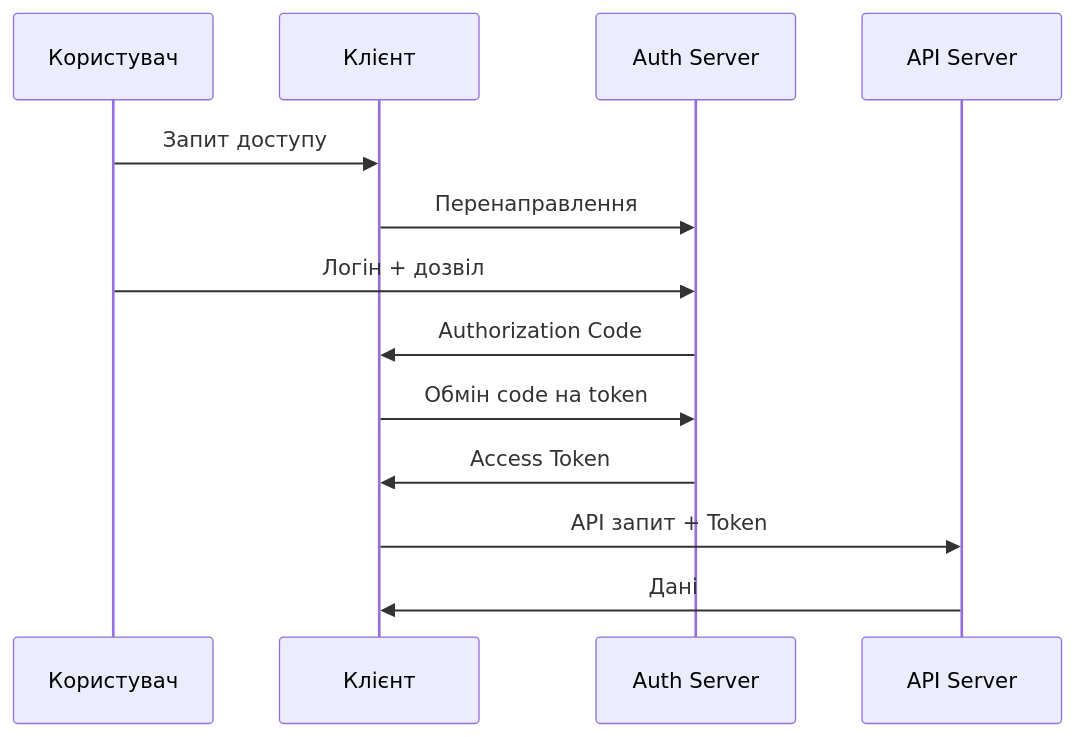
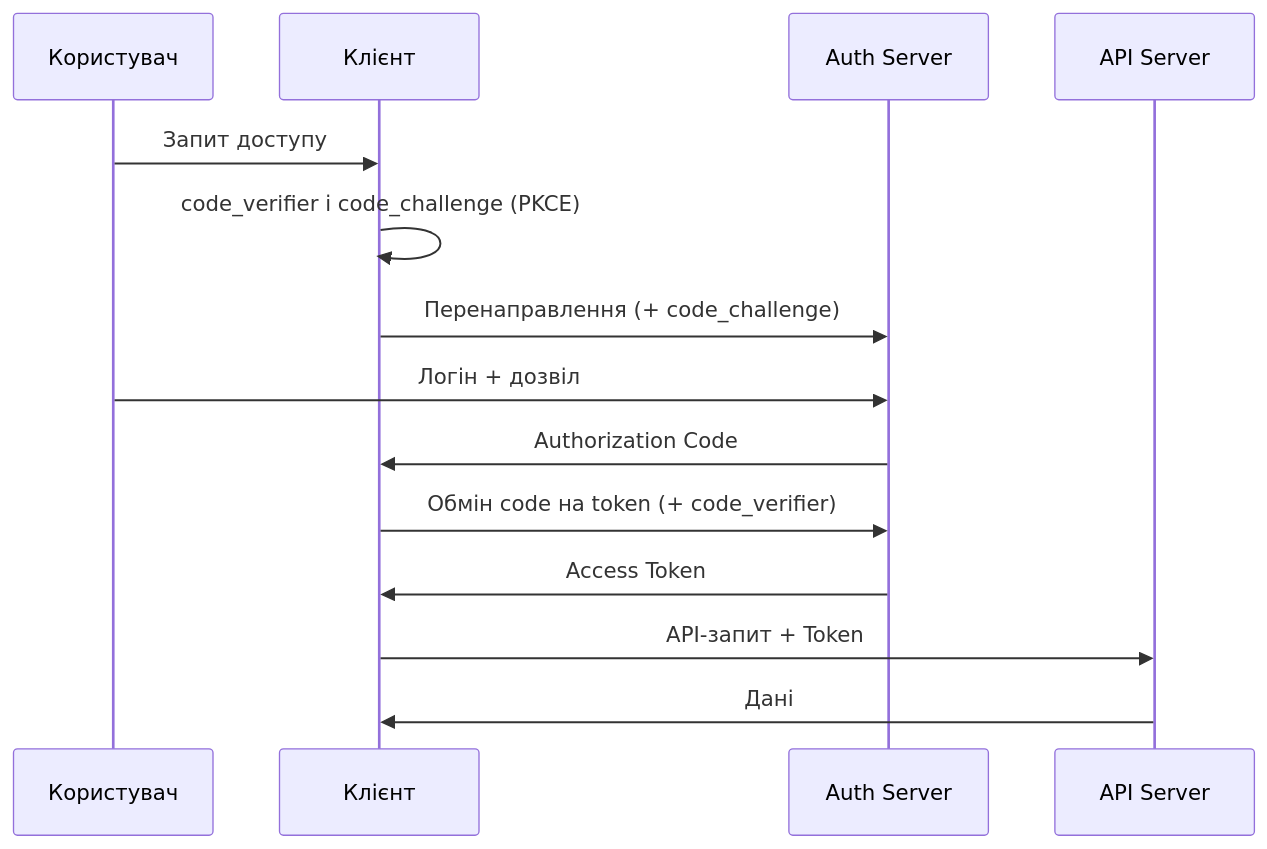
One commit to olroi421/course-opi-v2 changed the sixth of 9 diagrams in presentations/presentation-11.md. Above: the diagram before and after it, drawn with Mermaid. The commit also changed other lines of this file and 10 other files, not shown here.

````diff
--- a/presentations/presentation-11.md
+++ b/presentations/presentation-11.md
@@ -422,16 +575,17 @@
 ```mermaid
 sequenceDiagram
     participant U as Користувач
     participant C as Клієнт
     participant A as Auth Server
     participant R as API Server
 
     U->>C: Запит доступу
-    C->>A: Перенаправлення
+    C->>C: code_verifier і code_challenge (PKCE)
+    C->>A: Перенаправлення (+ code_challenge)
     U->>A: Логін + дозвіл
     A->>C: Authorization Code
-    C->>A: Обмін code на token
+    C->>A: Обмін code на token (+ code_verifier)
     A->>C: Access Token
-    C->>R: API запит + Token
+    C->>R: API-запит + Token
     R->>C: Дані
 ```
````
